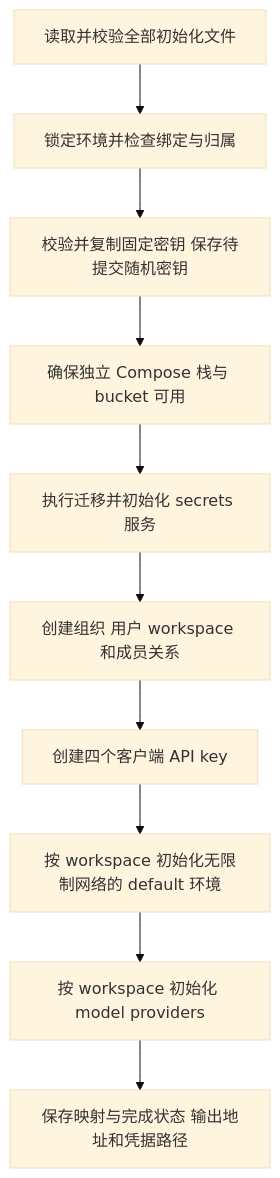
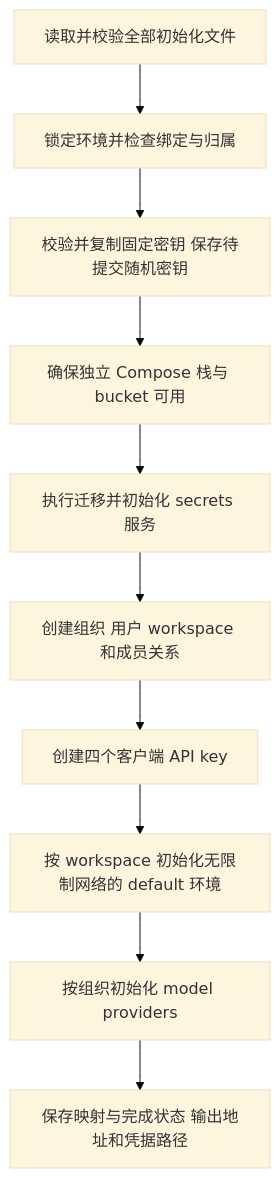
Before and after one commit to superduck-ai/open-managed-agents: the third of 4 diagrams in docs/design/development-worktree-environments.md, drawn with Mermaid (base theme). The commit also changed other lines of this file and 84 other files, not shown here.

````diff
--- a/docs/design/development-worktree-environments.md
+++ b/docs/design/development-worktree-environments.md
@@ -405,12 +405,12 @@
 ```mermaid
 flowchart TD
     Input[读取并校验全部初始化文件] --> Lock[锁定环境并检查绑定与归属]
     Lock --> Prepare[校验并复制固定密钥 保存待提交随机密钥]
     Prepare --> Infra[确保独立 Compose 栈与 bucket 可用]
     Infra --> Migration[执行迁移并初始化 secrets 服务]
     Migration --> Identity[创建组织 用户 workspace 和成员关系]
     Identity --> Keys[创建四个客户端 API key]
     Keys --> Environments[按 workspace 初始化无限制网络的 default 环境]
-    Environments --> Providers[按 workspace 初始化 model providers]
+    Environments --> Providers[按组织初始化 model providers]
     Providers --> Complete[保存映射与完成状态 输出地址和凭据路径]
 ```
````
